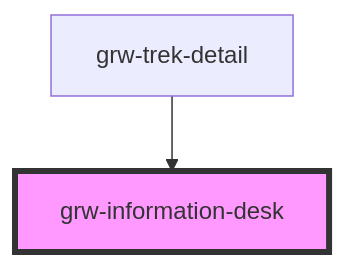
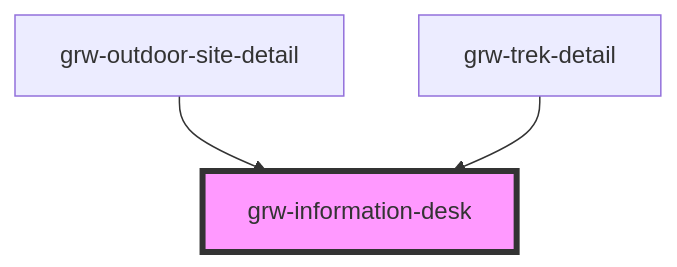
Before and after one commit to GeotrekCE/Geotrek-rando-widget: the diagram in src/components/grw-information-desk/readme.md, drawn with Mermaid. The commit also changed other lines of this file and 66 other files, not shown here.

````diff
--- a/src/components/grw-information-desk/readme.md
+++ b/src/components/grw-information-desk/readme.md
@@ -48,5 +49,6 @@
 ```mermaid
 graph TD;
+  grw-outdoor-site-detail --> grw-information-desk
   grw-trek-detail --> grw-information-desk
   style grw-information-desk fill:#f9f,stroke:#333,stroke-width:4px
 ```
````
